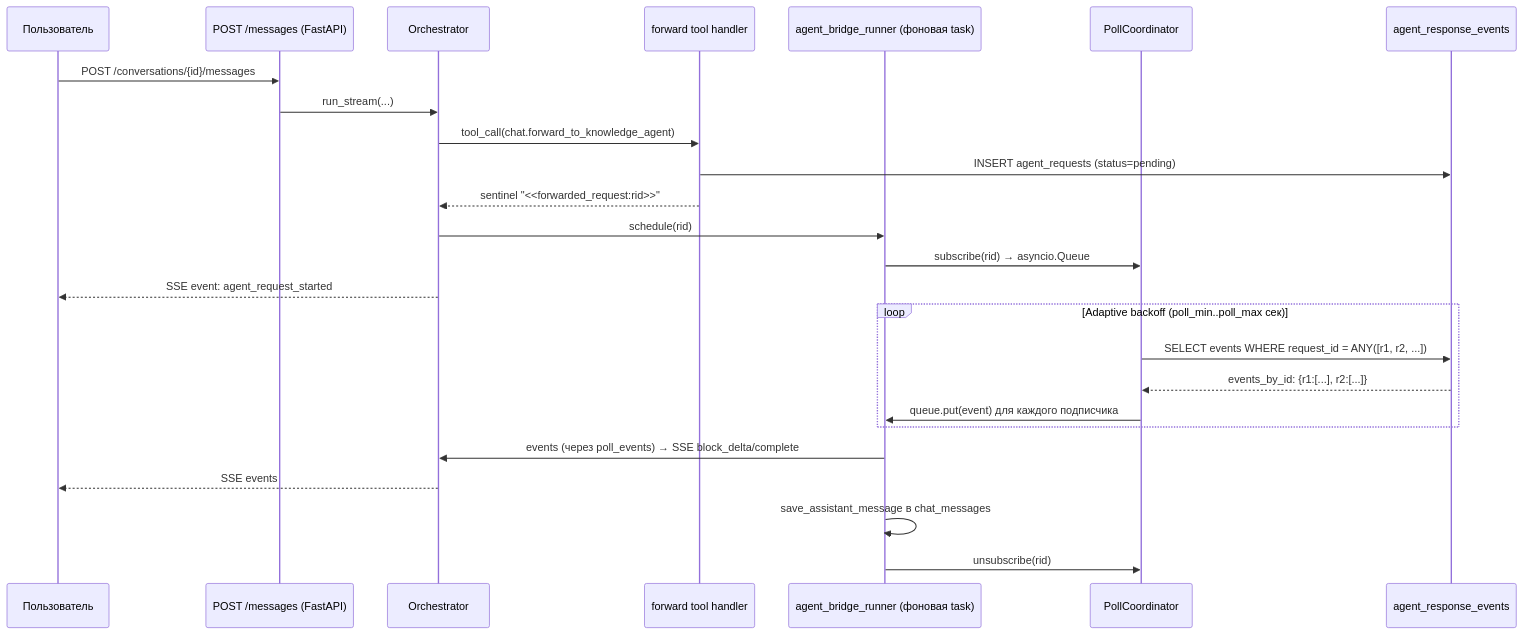
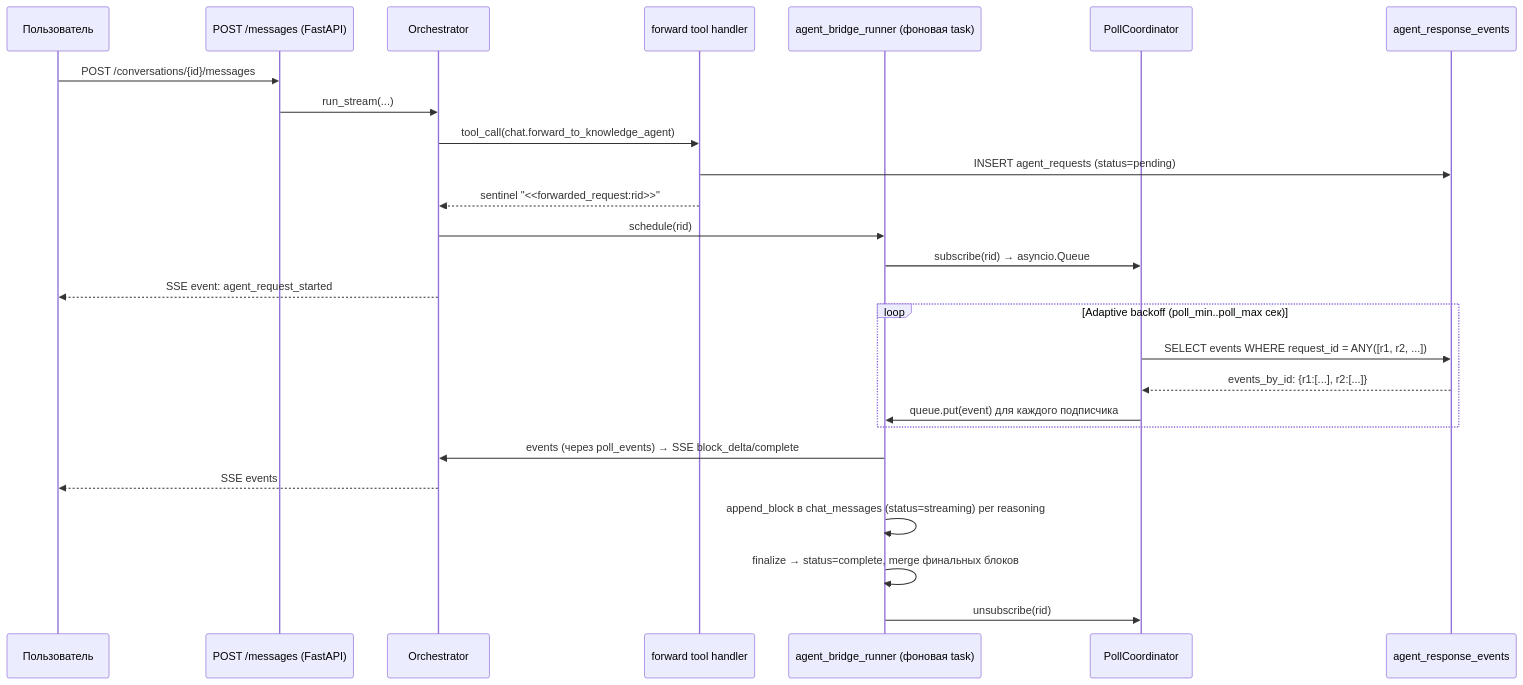
One commit to mr-Dees/Act-Constructor changed the second of 2 diagrams in docs/developer-guide.md. Above: the diagram before and after it, drawn with Mermaid. The commit also changed other lines of this file and 5 other files, not shown here.

Commit message:
Документация и комментарий теста выровнены под Variant D (chat_messages.status)

````diff
--- a/docs/developer-guide.md
+++ b/docs/developer-guide.md
@@ -1510,30 +1510,31 @@
 ```mermaid
 sequenceDiagram
     participant U as Пользователь
     participant API as POST /messages (FastAPI)
     participant O as Orchestrator
     participant T as forward tool handler
     participant R as agent_bridge_runner (фоновая task)
     participant PC as PollCoordinator
     participant DB as agent_response_events
 
     U->>API: POST /conversations/{id}/messages
     API->>O: run_stream(...)
     O->>T: tool_call(chat.forward_to_knowledge_agent)
     T->>DB: INSERT agent_requests (status=pending)
     T-->>O: sentinel "<<forwarded_request:rid>>"
     O->>R: schedule(rid)
     R->>PC: subscribe(rid) → asyncio.Queue
     O-->>U: SSE event: agent_request_started
 
     loop Adaptive backoff (poll_min..poll_max сек)
         PC->>DB: SELECT events WHERE request_id = ANY([r1, r2, ...])
         DB-->>PC: events_by_id: {r1:[...], r2:[...]}
         PC->>R: queue.put(event) для каждого подписчика
     end
 
     R->>O: events (через poll_events) → SSE block_delta/complete
     O-->>U: SSE events
-    R->>R: save_assistant_message в chat_messages
+    R->>R: append_block в chat_messages (status=streaming) per reasoning
+    R->>R: finalize → status=complete, merge финальных блоков
     R->>PC: unsubscribe(rid)
 ```
````
